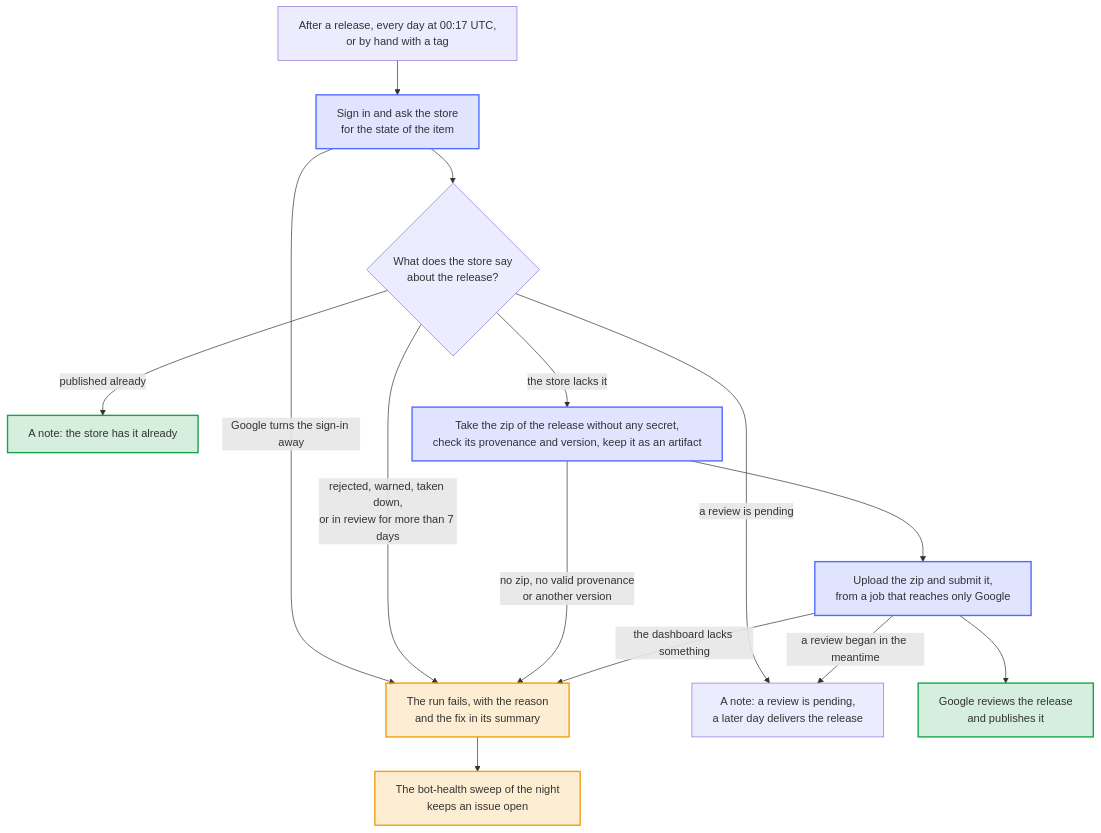
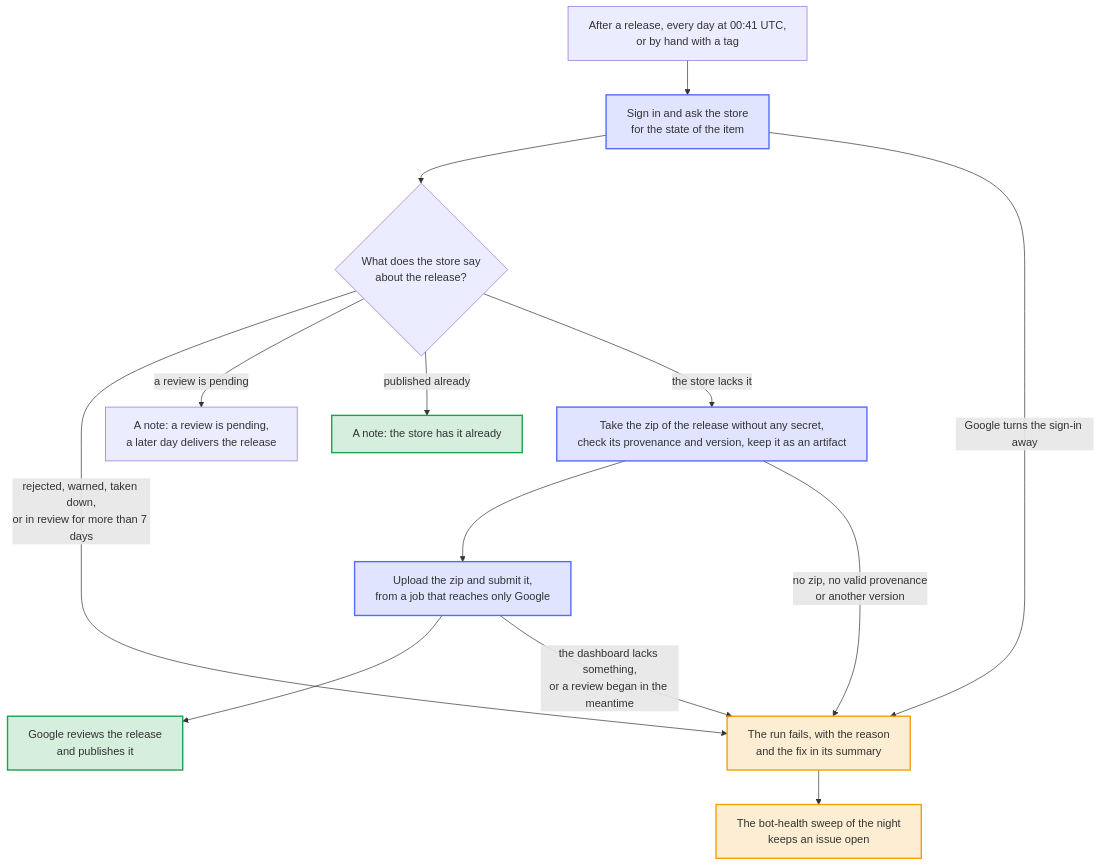
One commit to Dennis-Otto/player-switch-for-autodarts changed the diagram in docs/diagrams/store-delivery.mmd. Above: the diagram before and after it, drawn with Mermaid. The commit also changed 64 other files, not shown here.

```diff
--- a/docs/diagrams/store-delivery.mmd
+++ b/docs/diagrams/store-delivery.mmd
@@ -1,37 +1,36 @@
 ---
 config:
   flowchart:
     wrappingWidth: 400
 ---
 flowchart TB
     accTitle: How a release reaches the Chrome Web Store
-    accDescr: After every release, every day at 00:17 UTC and when started by hand with a tag, the workflow signs in to the Chrome Web Store and asks for the state of the item. A sign-in that Google turns away, a rejected release, a warning, a takedown or a review of more than 7 days fail the run, with the reason and the fix in its summary, and the bot-health sweep of the night keeps an issue open. While a review is pending, the run ends with a note, and a later day delivers the release. When the store has the release already, nothing happens. Otherwise a job without any secret takes the zip of the release, checks its signed provenance and its version and keeps it as an artifact, and a job that reaches only Google uploads it and submits it for review. A release without the zip, or a zip that fails the check, stays off the store and fails the run. When the store refuses the submission because the Developer Dashboard lacks something that the version needs, the run fails as well, and names what the release asks for beyond the version of the store. When a review began in the meantime, the run ends with the same note as for a pending review.
+    accDescr: After every release, every day at 00:41 UTC and when started by hand with a tag, the workflow signs in to the Chrome Web Store and asks for the state of the item. A sign-in that Google turns away, a rejected release, a warning, a takedown or a review of more than 7 days fail the run, with the reason and the fix in its summary, and the bot-health sweep of the night keeps an issue open. While a review is pending, the run ends with a note, and a later day delivers the release. When the store has the release already, nothing happens. Otherwise a job without any secret takes the zip of the release, checks its signed provenance and its version and keeps it as an artifact, and a job that reaches only Google uploads it and submits it for review. A release without the zip, or a zip that fails the check, stays off the store and fails the run. When the store refuses the submission because the Developer Dashboard lacks something that the version needs, or when a review began in the meantime, the run fails as well, and says what the version asks for and what to do.
 
-    start["After a release, every day at 00:17 UTC,<br>or by hand with a tag"]
+    start["After a release, every day at 00:41 UTC,<br>or by hand with a tag"]
     ask["Sign in and ask the store<br>for the state of the item"]
     decide{"What does the store say<br>about the release?"}
     fail["The run fails, with the reason<br>and the fix in its summary"]
     issue["The bot-health sweep of the night<br>keeps an issue open"]
     wait["A note: a review is pending,<br>a later day delivers the release"]
     has["A note: the store has it already"]
     package["Take the zip of the release without any secret,<br>check its provenance and version, keep it as an artifact"]
     store["Upload the zip and submit it,<br>from a job that reaches only Google"]
     review["Google reviews the release<br>and publishes it"]
 
     start --> ask --> decide
     ask -- "Google turns the sign-in away" --> fail
     decide -- "rejected, warned, taken down,<br>or in review for more than 7 days" --> fail
     decide -- "a review is pending" --> wait
     decide -- "published already" --> has
     decide -- "the store lacks it" --> package --> store --> review
     package -- "no zip, no valid provenance<br>or another version" --> fail
-    store -- "the dashboard lacks something" --> fail
-    store -- "a review began in the meantime" --> wait
+    store -- "the dashboard lacks something,<br>or a review began in the meantime" --> fail
     fail --> issue
 
     classDef bot fill:#526cfe2e,stroke:#526cfe,stroke-width:2px
     classDef done fill:#16a34a2e,stroke:#16a34a,stroke-width:2px
     classDef person fill:#f59e0b2e,stroke:#f59e0b,stroke-width:2px
     class ask,package,store bot
     class has,review done
     class fail,issue person
```
